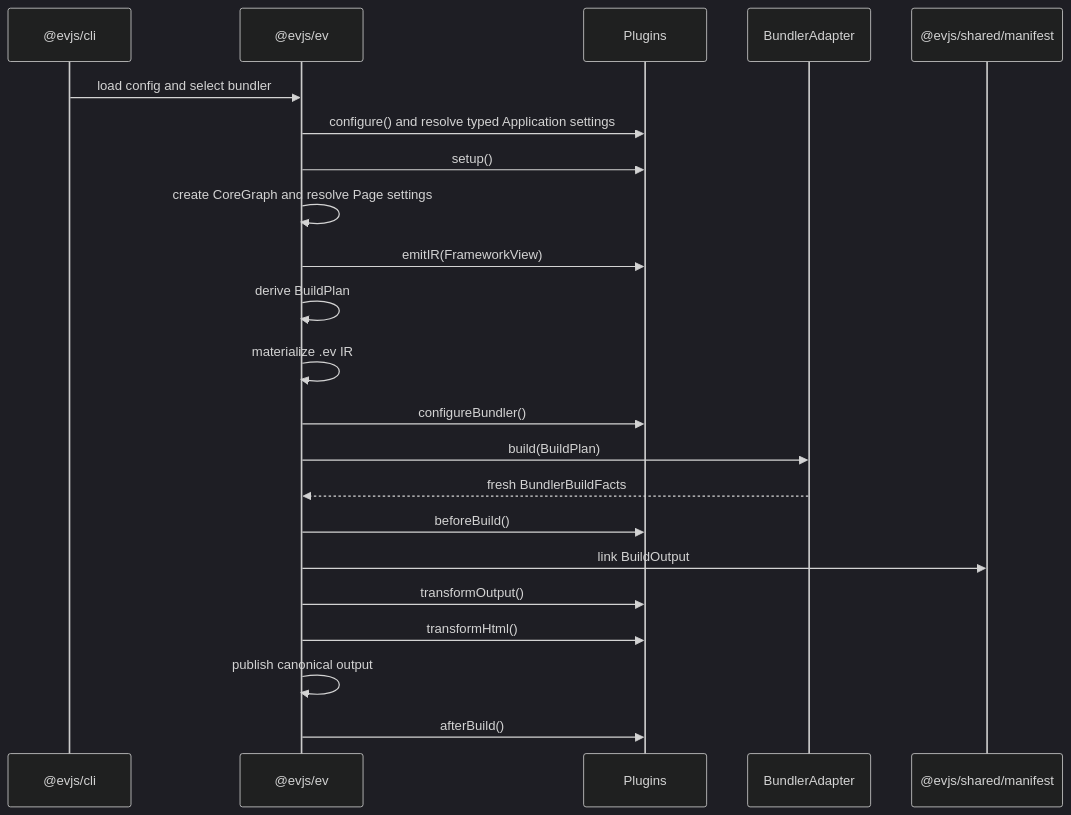
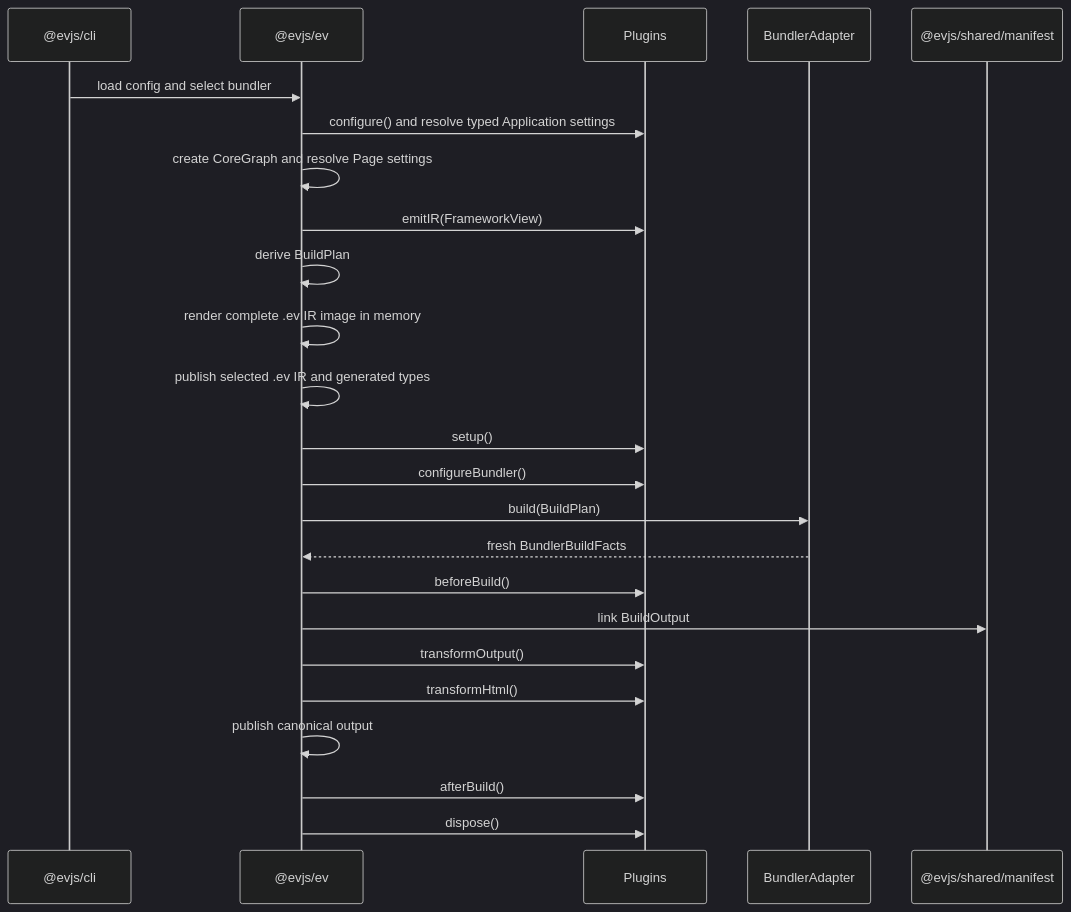
One commit to afx-team/evjs changed the diagram in ARCHITECTURE.md. Above: the diagram before and after it, drawn with Mermaid (dark theme). The commit also changed other lines of this file and 18 other files, not shown here.

````diff
--- a/ARCHITECTURE.md
+++ b/ARCHITECTURE.md
@@ -92,25 +92,27 @@
 ```mermaid
 sequenceDiagram
   participant CLI as @evjs/cli
   participant EV as @evjs/ev
   participant Plugin as Plugins
   participant Bundler as BundlerAdapter
   participant Shared as @evjs/shared/manifest
 
   CLI->>EV: load config and select bundler
   EV->>Plugin: configure() and resolve typed Application settings
-  EV->>Plugin: setup()
   EV->>EV: create CoreGraph and resolve Page settings
   EV->>Plugin: emitIR(FrameworkView)
   EV->>EV: derive BuildPlan
-  EV->>EV: materialize .ev IR
+  EV->>EV: render complete .ev IR image in memory
+  EV->>EV: publish selected .ev IR and generated types
+  EV->>Plugin: setup()
   EV->>Plugin: configureBundler()
   EV->>Bundler: build(BuildPlan)
   Bundler-->>EV: fresh BundlerBuildFacts
   EV->>Plugin: beforeBuild()
   EV->>Shared: link BuildOutput
   EV->>Plugin: transformOutput()
   EV->>Plugin: transformHtml()
   EV->>EV: publish canonical output
   EV->>Plugin: afterBuild()
+  EV->>Plugin: dispose()
 ```
````
